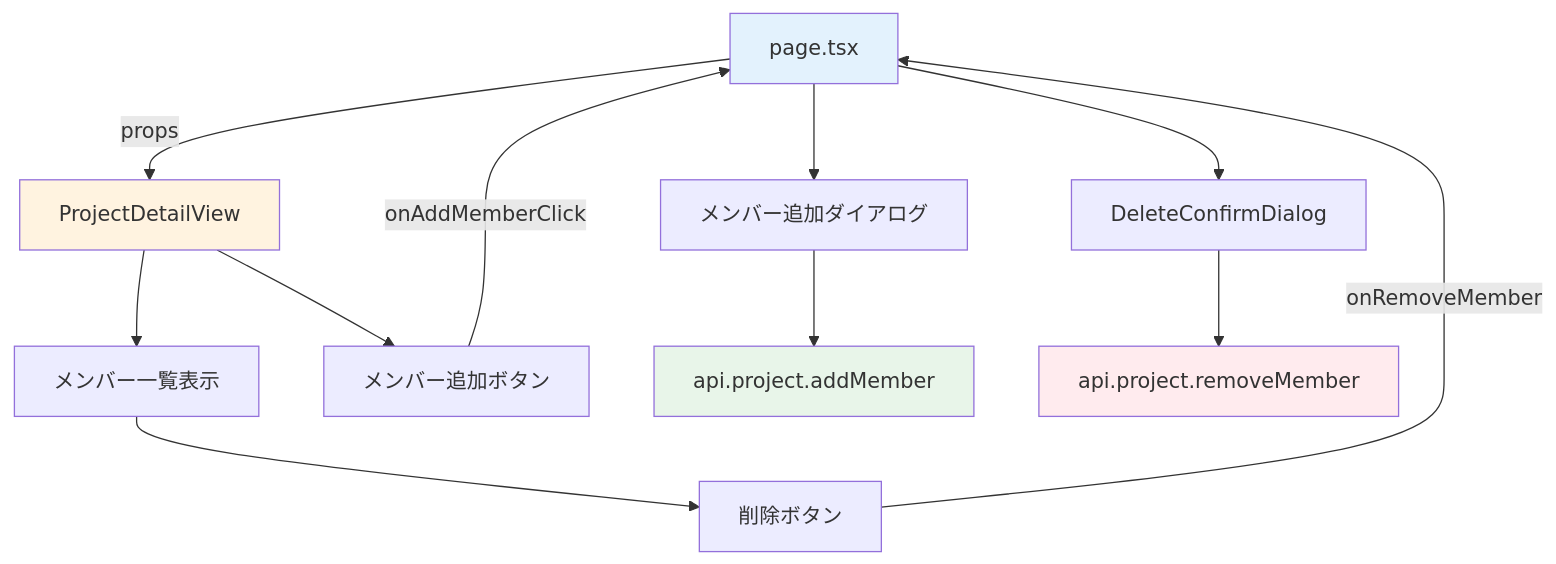
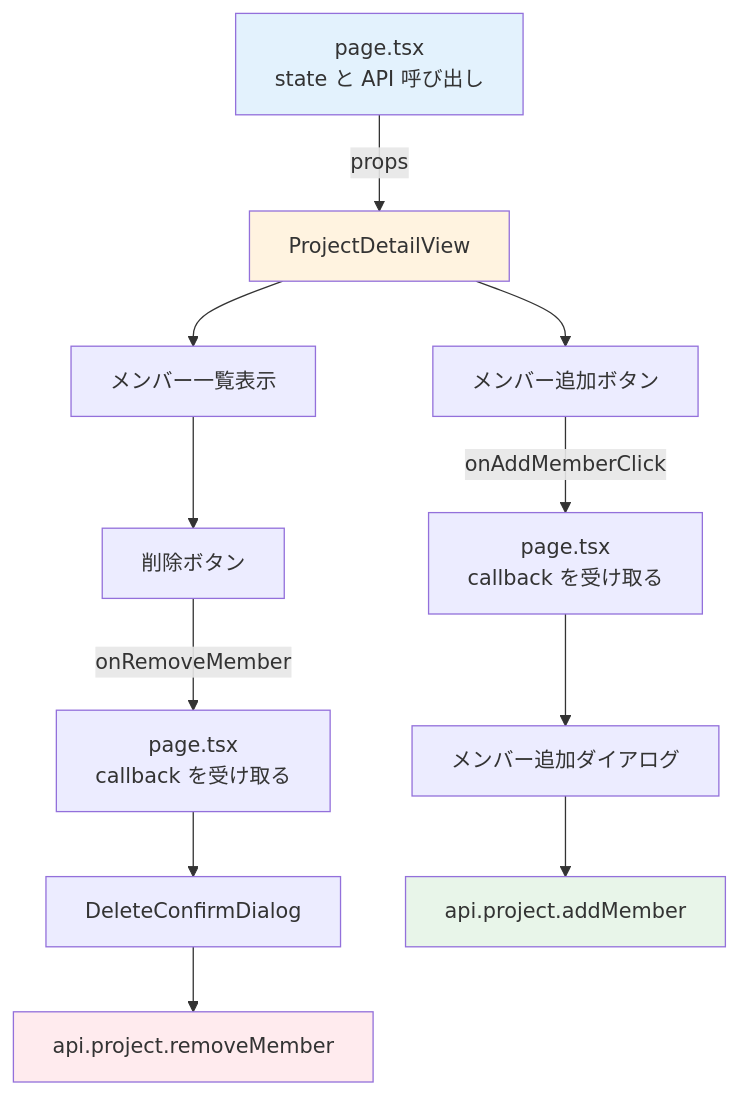
One commit to kouiso/task-app changed the first of 3 diagrams in material/30days-curriculum/day12_メンバー追加.md. Above: the diagram before and after it, drawn with Mermaid. The commit also changed other lines of this file and 345 other files, not shown here.

````diff
--- a/material/30days-curriculum/day12_メンバー追加.md
+++ b/material/30days-curriculum/day12_メンバー追加.md
@@ -27,18 +27,18 @@
 ```mermaid
-flowchart TD
-    A[page.tsx] -->|props| B[ProjectDetailView]
+flowchart TB
+    A["page.tsx<br/>state と API 呼び出し"] -->|props| B[ProjectDetailView]
     B --> C[メンバー一覧表示]
-    B --> D[メンバー追加ボタン]
-    D -->|onAddMemberClick| A
-    A --> E[メンバー追加ダイアログ]
-    E --> F[api.project.addMember]
-    C --> G[削除ボタン]
-    G -->|onRemoveMember| A
-    A --> H[DeleteConfirmDialog]
-    H --> I[api.project.removeMember]
+    C --> D[削除ボタン]
+    D -->|onRemoveMember| E["page.tsx<br/>callback を受け取る"]
+    E --> F[DeleteConfirmDialog]
+    F --> G[api.project.removeMember]
+    B --> H[メンバー追加ボタン]
+    H -->|onAddMemberClick| I["page.tsx<br/>callback を受け取る"]
+    I --> J[メンバー追加ダイアログ]
+    J --> K[api.project.addMember]
 
     style A fill:#e3f2fd
     style B fill:#fff3e0
-    style F fill:#e8f5e9
-    style I fill:#ffebee
+    style G fill:#ffebee
+    style K fill:#e8f5e9
 ```
````
